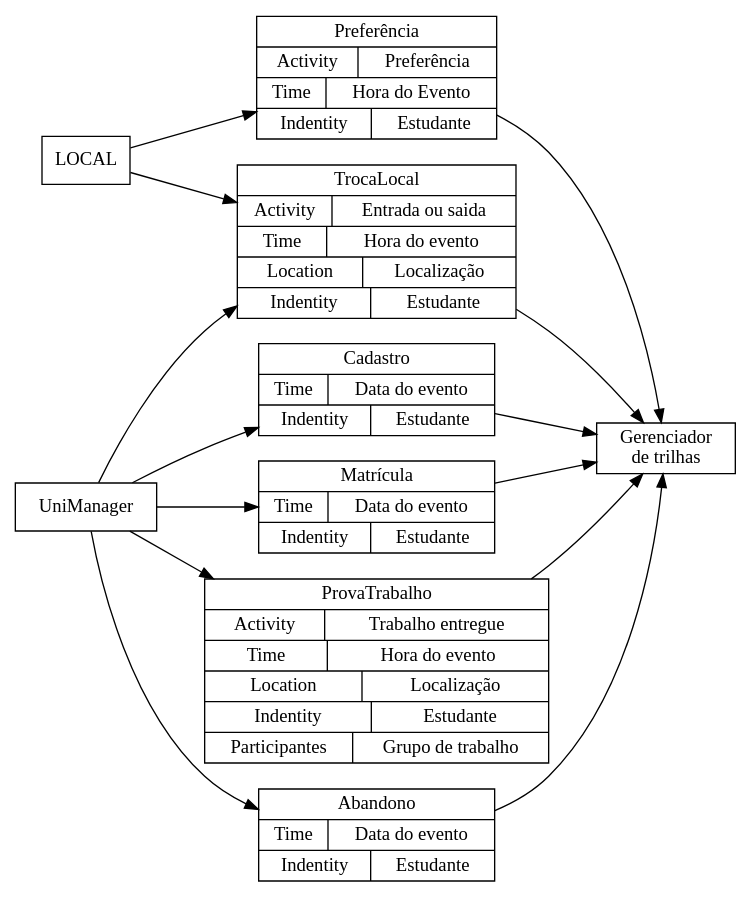
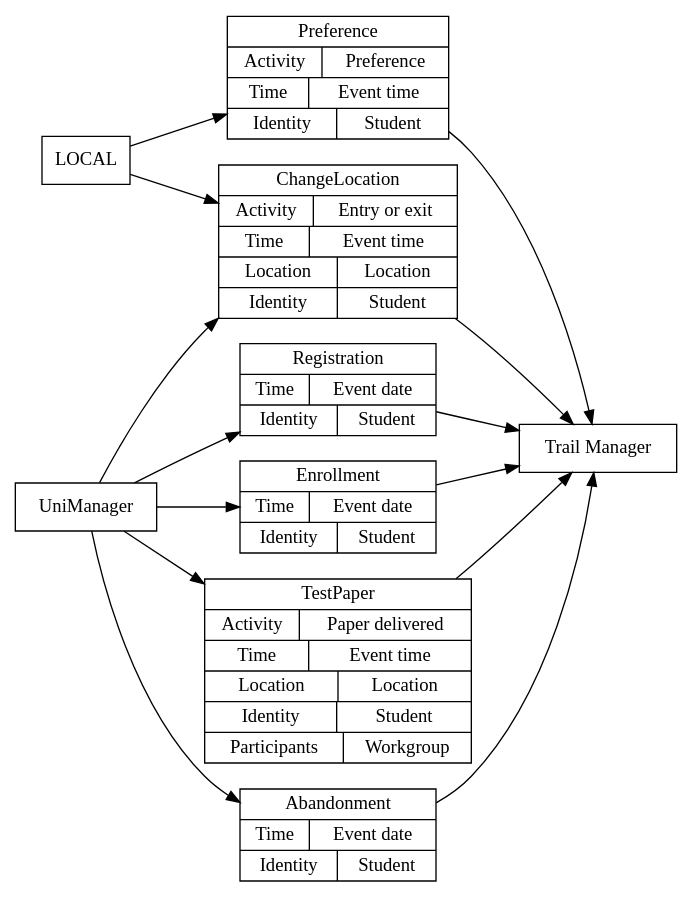
Before and after one commit to andrenho/andrenho: the diagram in academia/eprofile/graficos/ont_estudante.dot, drawn with Graphviz. The commit also changed 24 other files, not shown here.

```diff
--- a/academia/eprofile/graficos/ont_estudante.dot
+++ b/academia/eprofile/graficos/ont_estudante.dot
@@ -1,23 +1,23 @@
 digraph G {
 
   rankdir = LR;
 	node [shape=record];
   LOCAL;
   UniManager;
-  trail [label="Gerenciador\nde trilhas"];
-  cadastro [label="Cadastro|{Time|Data do evento}|{Indentity|Estudante}"];
-  matricula [label="Matrícula|{Time|Data do evento}|{Indentity|Estudante}"];
-  trocalocal [label="TrocaLocal|{Activity|Entrada ou saida}|{Time|Hora do evento}|{Location|Localização}|{Indentity|Estudante}"];
-  prova [label="ProvaTrabalho|{Activity|Trabalho entregue}|{Time|Hora do evento}|{Location|Localização}|{Indentity|Estudante}|{Participantes|Grupo de trabalho}"];
-  preferencia [label="Preferência|{Activity|Preferência}|{Time|Hora do Evento}|{Indentity|Estudante}"];
-  abandono [label="Abandono|{Time|Data do evento}|{Indentity|Estudante}"];
+  trail [label="Trail Manager"];
+  cadastro [label="Registration|{Time|Event date}|{Identity|Student}"];
+  matricula [label="Enrollment|{Time|Event date}|{Identity|Student}"];
+  trocalocal [label="ChangeLocation|{Activity|Entry or exit}|{Time|Event time}|{Location|Location}|{Identity|Student}"];
+  prova [label="TestPaper|{Activity|Paper delivered}|{Time|Event time}|{Location|Location}|{Identity|Student}|{Participants|Workgroup}"];
+  preferencia [label="Preference|{Activity|Preference}|{Time|Event time}|{Identity|Student}"];
+  abandono [label="Abandonment|{Time|Event date}|{Identity|Student}"];
 
   UniManager -> cadastro -> trail;
   UniManager -> matricula -> trail;
   UniManager -> trocalocal -> trail;
   UniManager -> prova -> trail;
   UniManager -> abandono -> trail;
   LOCAL -> trocalocal;
   LOCAL -> preferencia -> trail;
 
 }
```
